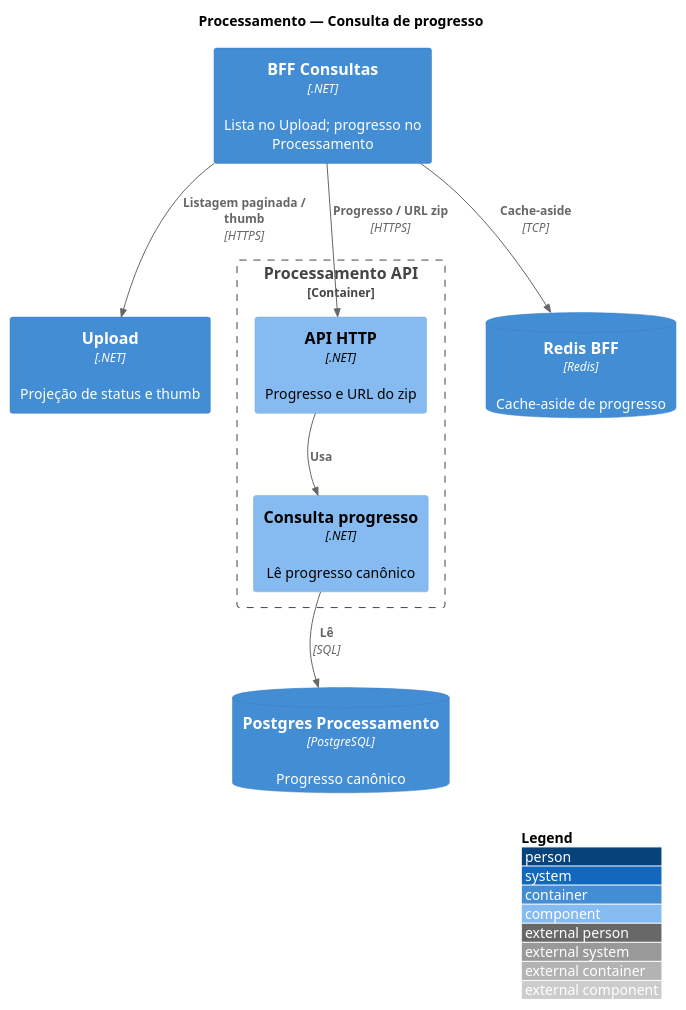
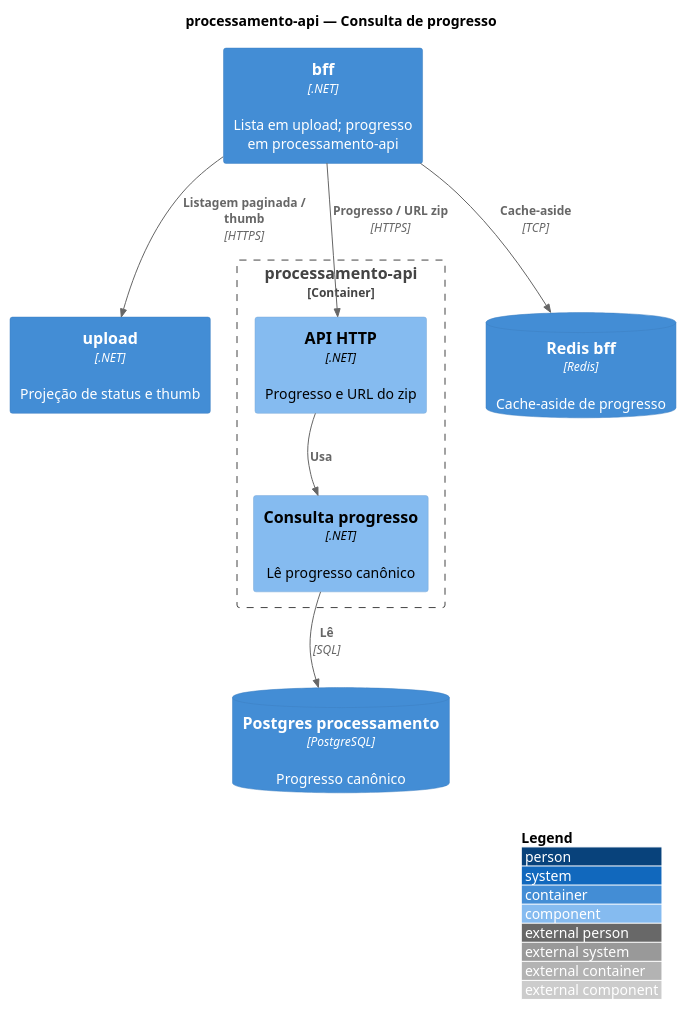
Before and after one commit to fiap-x-vcosta/docs: the diagram in arquitetura/07_componentes-processamento-consulta.puml, drawn with PlantUML. The commit also changed 41 other files, not shown here.

First line of the commit message:
docs: unificar tópicos upload/processamento e padronizar serviços

```diff
--- a/arquitetura/07_componentes-processamento-consulta.puml
+++ b/arquitetura/07_componentes-processamento-consulta.puml
@@ -1,31 +1,31 @@
 @startuml 07_componentes-processamento-consulta
 !include https://raw.githubusercontent.com/plantuml-stdlib/C4-PlantUML/master/C4_Component.puml
 
 LAYOUT_WITH_LEGEND()
 LAYOUT_TOP_DOWN()
 
-title Processamento — Consulta de progresso
+title processamento-api — Consulta de progresso
 
-Container(bff, "BFF Consultas", ".NET", "Lista no Upload; progresso no Processamento")
-Container(upload, "Upload", ".NET", "Projeção de status e thumb")
-ContainerDb(redis, "Redis BFF", "Redis", "Cache-aside de progresso")
-ContainerDb(pgProc, "Postgres Processamento", "PostgreSQL", "Progresso canônico")
+Container(bff, "bff", ".NET", "Lista em upload; progresso em processamento-api")
+Container(upload, "upload", ".NET", "Projeção de status e thumb")
+ContainerDb(redis, "Redis bff", "Redis", "Cache-aside de progresso")
+ContainerDb(pgProc, "Postgres processamento", "PostgreSQL", "Progresso canônico")
 
-Container_Boundary(procApi, "Processamento API") {
+Container_Boundary(procApi, "processamento-api") {
   Component(apiHttp, "API HTTP", ".NET", "Progresso e URL do zip")
   Component(consulta, "Consulta progresso", ".NET", "Lê progresso canônico")
 }
 
 Rel(bff, upload, "Listagem paginada / thumb", "HTTPS")
 Rel(bff, redis, "Cache-aside", "TCP")
 Rel(bff, apiHttp, "Progresso / URL zip", "HTTPS")
 Rel(apiHttp, consulta, "Usa")
 Rel(consulta, pgProc, "Lê", "SQL")
 
 Lay_D(bff, redis)
 Lay_R(bff, upload)
 Lay_R(bff, apiHttp)
 Lay_D(apiHttp, consulta)
 Lay_D(consulta, pgProc)
 
 @enduml
```
